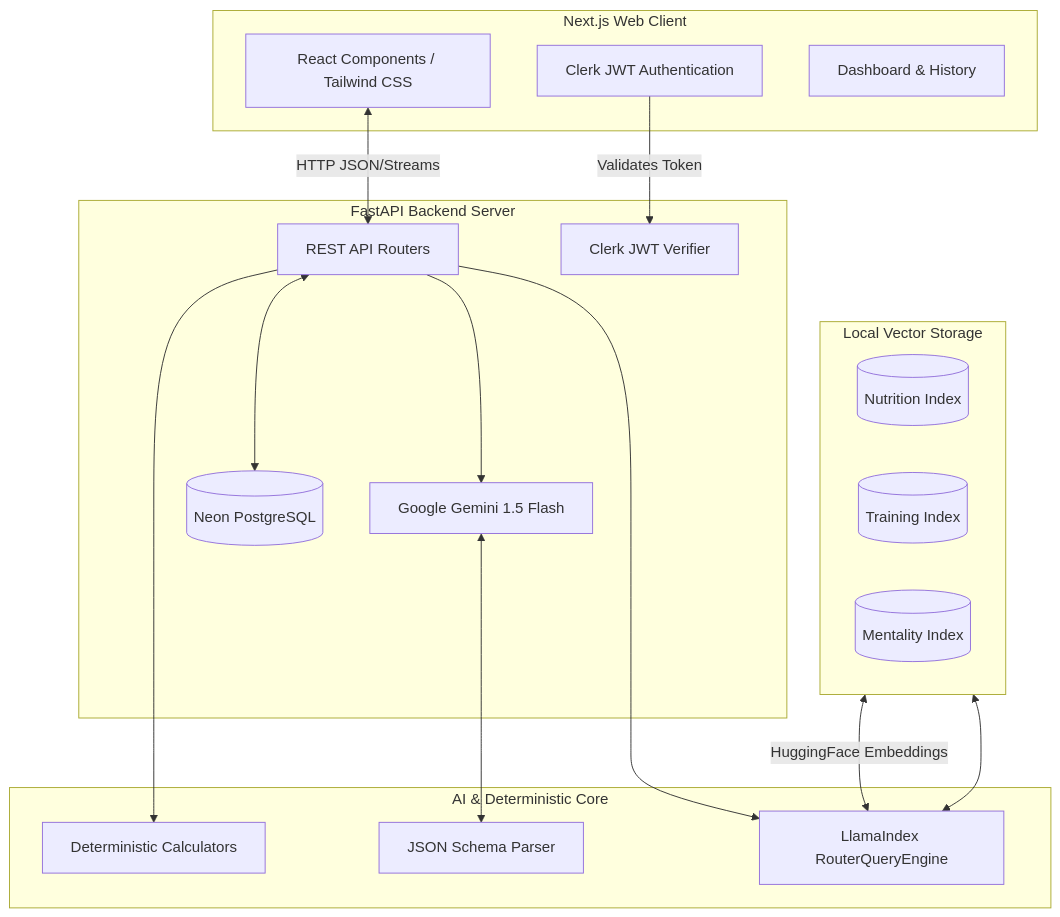
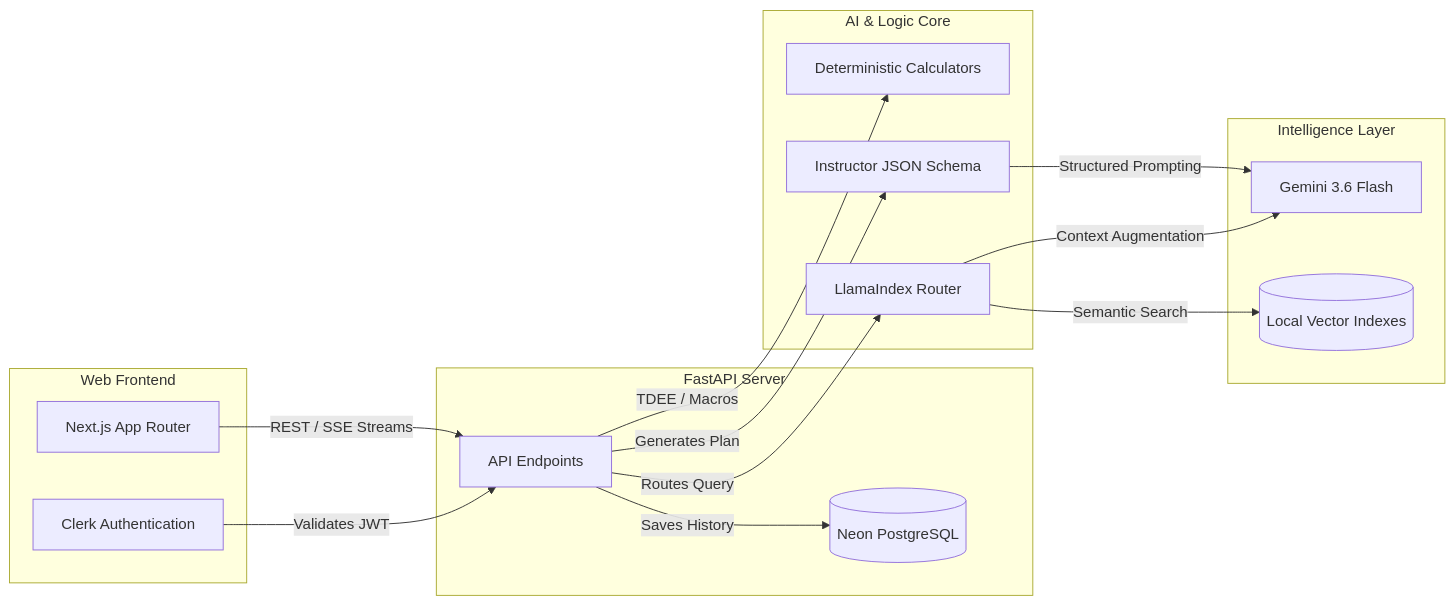
Before and after one commit to Mohamed-Elguindy/Fitness-App: the diagram in README.md, drawn with Mermaid.

````diff
--- a/README.md
+++ b/README.md
@@ -22,42 +22,40 @@
 ```mermaid
-graph TD
-    %% Frontend Layer
-    subgraph Frontend [Next.js Web Client]
-        UI[React Components / Tailwind CSS]
-        Auth[Clerk JWT Authentication]
-        Dash[Dashboard & History]
+graph LR
+    %% Client Tier
+    subgraph Client [Web Frontend]
+        UI[Next.js App Router]
+        Auth[Clerk Authentication]
     end
 
-    %% Backend Layer
-    subgraph Backend [FastAPI Backend Server]
-        API[REST API Routers]
-        AuthGuard[Clerk JWT Verifier]
-        LLM[Google Gemini 1.5 Flash]
+    %% API Tier
+    subgraph API [FastAPI Server]
+        Router[API Endpoints]
         DB[(Neon PostgreSQL)]
     end
 
-    %% AI / Logic Core
-    subgraph Core [AI & Deterministic Core]
+    %% Engine Tier
+    subgraph Engine [AI & Logic Core]
         Calc[Deterministic Calculators]
-        Instructor[JSON Schema Parser]
-        RAG[LlamaIndex RouterQueryEngine]
+        Parser[Instructor JSON Schema]
+        RAG[LlamaIndex Router]
     end
 
-    %% Vector Stores
-    subgraph VectorDB [Local Vector Storage]
-        Nutri[(Nutrition Index)]
-        Train[(Training Index)]
-        Mental[(Mentality Index)]
+    %% Data & Model Tier
+    subgraph Intelligence [Intelligence Layer]
+        LLM[Gemini 3.6 Flash]
+        VectorDB[(Local Vector Indexes)]
     end
 
-    %% Connections
-    UI <-->|HTTP JSON/Streams| API
-    Auth -->|Validates Token| AuthGuard
-    API --> LLM
-    API --> Calc
-    API <--> DB
-    LLM <--> Instructor
-    API --> RAG
-    RAG <--> VectorDB
-    VectorDB <-->|HuggingFace Embeddings| RAG
+    %% Relationships
+    UI -- "REST / SSE Streams" --> Router
+    Auth -- "Validates JWT" --> Router
+    Router -- "Saves History" --> DB
+
+    Router -- "TDEE / Macros" --> Calc
+    Router -- "Routes Query" --> RAG
+    Router -- "Generates Plan" --> Parser
+
+    Parser -- "Structured Prompting" --> LLM
+    RAG -- "Semantic Search" --> VectorDB
+    RAG -- "Context Augmentation" --> LLM
 ```
````
